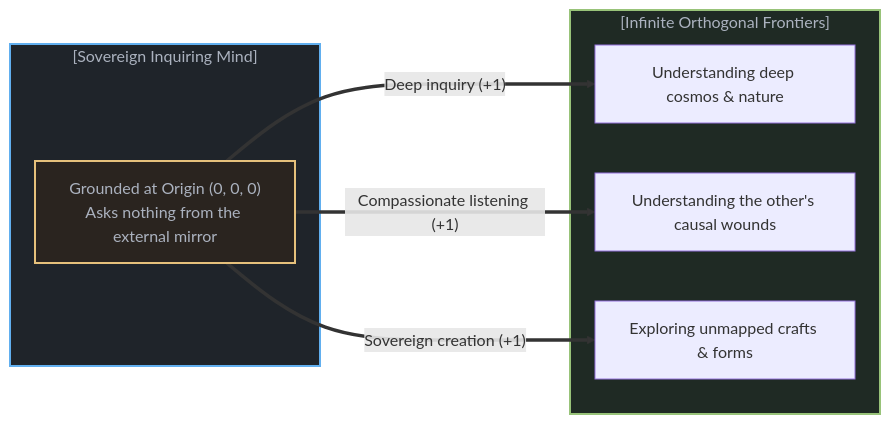
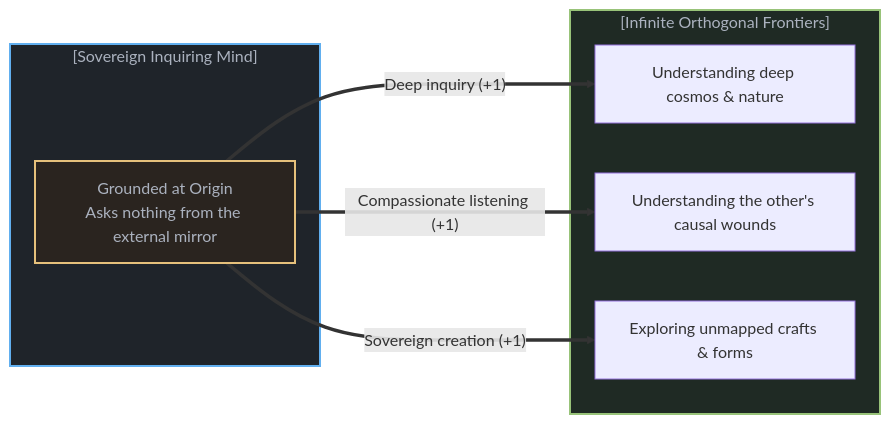
Before and after one commit to powerpig99/not-a-toe: the eighth of 8 diagrams in content/posts/the-asymmetry-of-understanding.md, drawn with Mermaid. The commit also changed other lines of this file and 15 other files, not shown here.

````diff
--- a/content/posts/the-asymmetry-of-understanding.md
+++ b/content/posts/the-asymmetry-of-understanding.md
@@ -340,20 +340,20 @@
 ```mermaid
 graph LR
     subgraph SovereignMind["[Sovereign Inquiring Mind]"]
-        RootOrigin["Grounded at Origin (0, 0, 0)<br>Asks nothing from the external mirror"]
+        RootOrigin["Grounded at Origin<br>Asks nothing from the external mirror"]
     end
 
     subgraph InfiniteFrontiers["[Infinite Orthogonal Frontiers]"]
         DimensionScience["Understanding deep cosmos & nature"]
         DimensionHuman["Understanding the other's causal wounds"]
         DimensionArt["Exploring unmapped crafts & forms"]
     end
 
     RootOrigin ==>|"Deep inquiry (+1)"| DimensionScience
     RootOrigin ==>|"Compassionate listening (+1)"| DimensionHuman
     RootOrigin ==>|"Sovereign creation (+1)"| DimensionArt
 
     style SovereignMind fill:#1f242a,stroke:#61afef,stroke-width:2px,color:#abb2bf
     style InfiniteFrontiers fill:#1f2a24,stroke:#98c379,stroke-width:2px,color:#abb2bf
     style RootOrigin fill:#2a241f,stroke:#e5c07b,stroke-width:2px,color:#abb2bf
 ```
````
